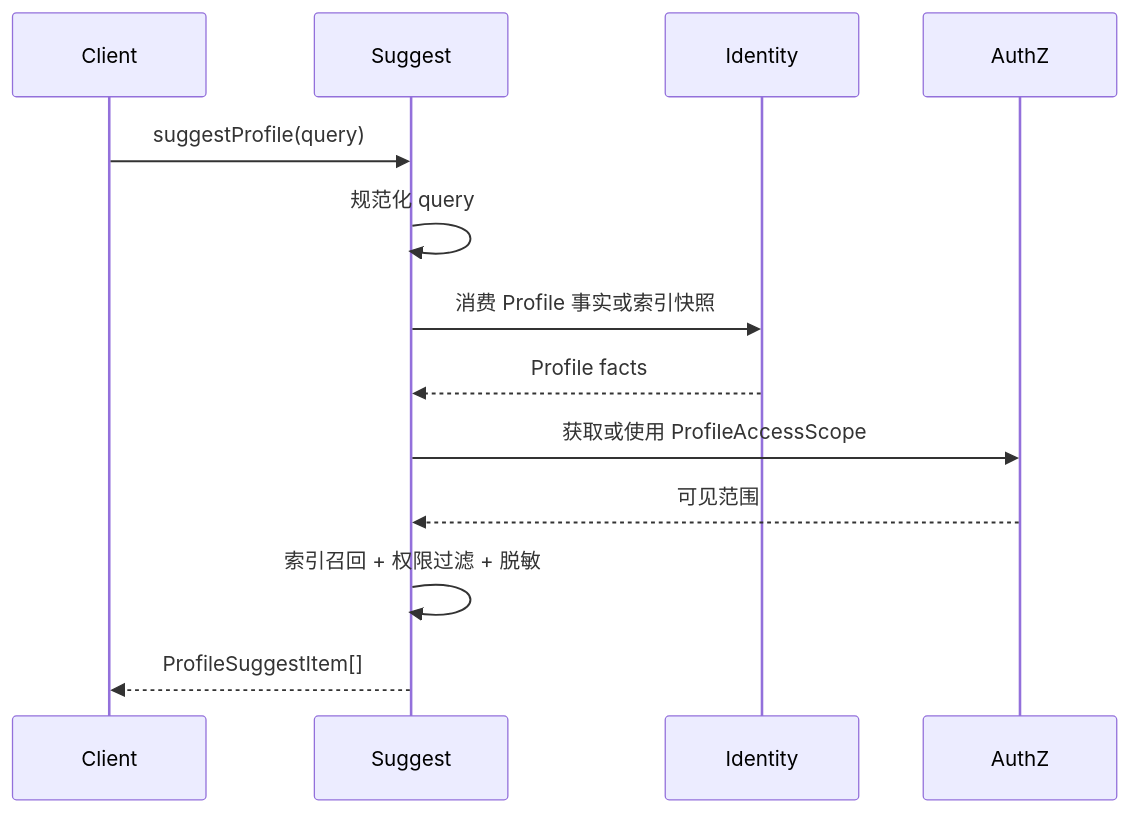
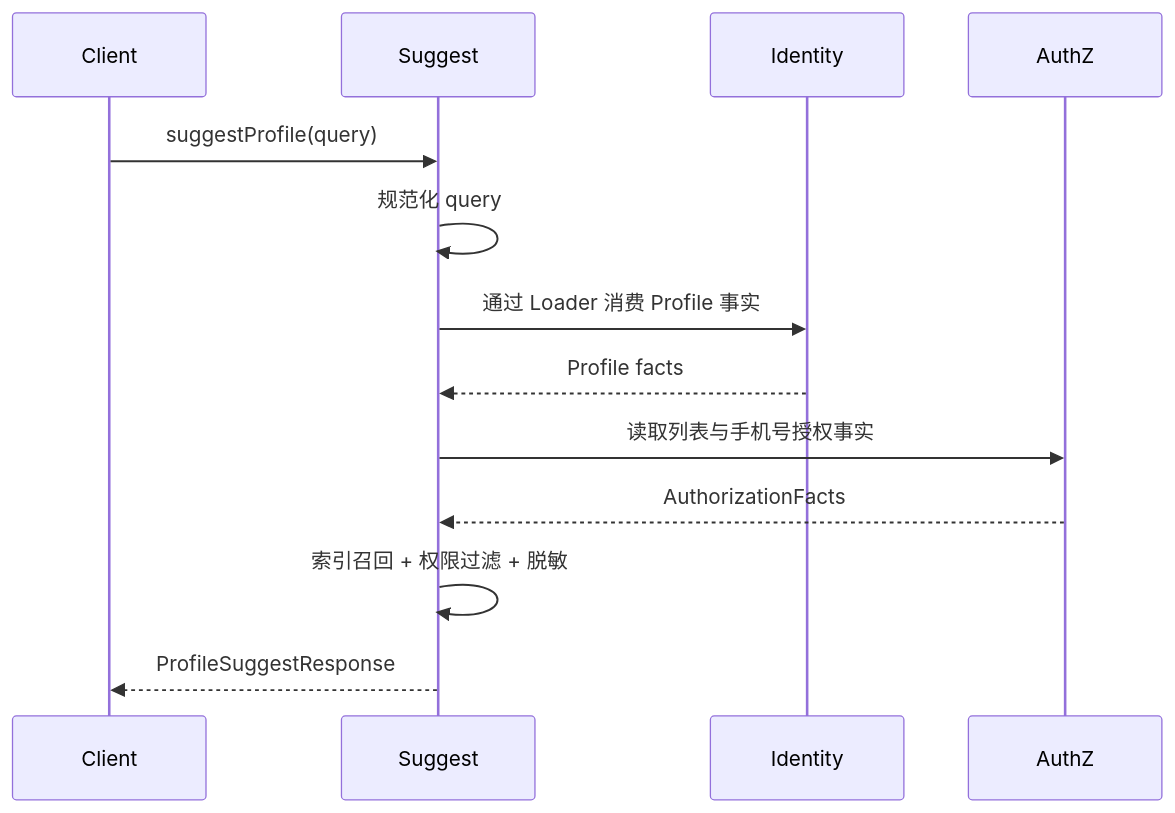
Before and after one commit to FangcunMount/iam: the third of 3 diagrams in docs/00-概览/02-模块划分与协作关系.md, drawn with Mermaid. The commit also changed other lines of this file and 19 other files, not shown here.

Commit message:
docs(suggest): update terminology and clarify scope definitions

````diff
--- a/docs/00-概览/02-模块划分与协作关系.md
+++ b/docs/00-概览/02-模块划分与协作关系.md
@@ -438,16 +438,16 @@
 ```mermaid
 sequenceDiagram
     participant Client as Client
     participant Suggest as Suggest
     participant Identity as Identity
     participant AuthZ as AuthZ
 
     Client->>Suggest: suggestProfile(query)
     Suggest->>Suggest: 规范化 query
-    Suggest->>Identity: 消费 Profile 事实或索引快照
+    Suggest->>Identity: 通过 Loader 消费 Profile 事实
     Identity-->>Suggest: Profile facts
-    Suggest->>AuthZ: 获取或使用 ProfileAccessScope
-    AuthZ-->>Suggest: 可见范围
+    Suggest->>AuthZ: 读取列表与手机号授权事实
+    AuthZ-->>Suggest: AuthorizationFacts
     Suggest->>Suggest: 索引召回 + 权限过滤 + 脱敏
-    Suggest-->>Client: ProfileSuggestItem[]
+    Suggest-->>Client: ProfileSuggestResponse
 ```
````
